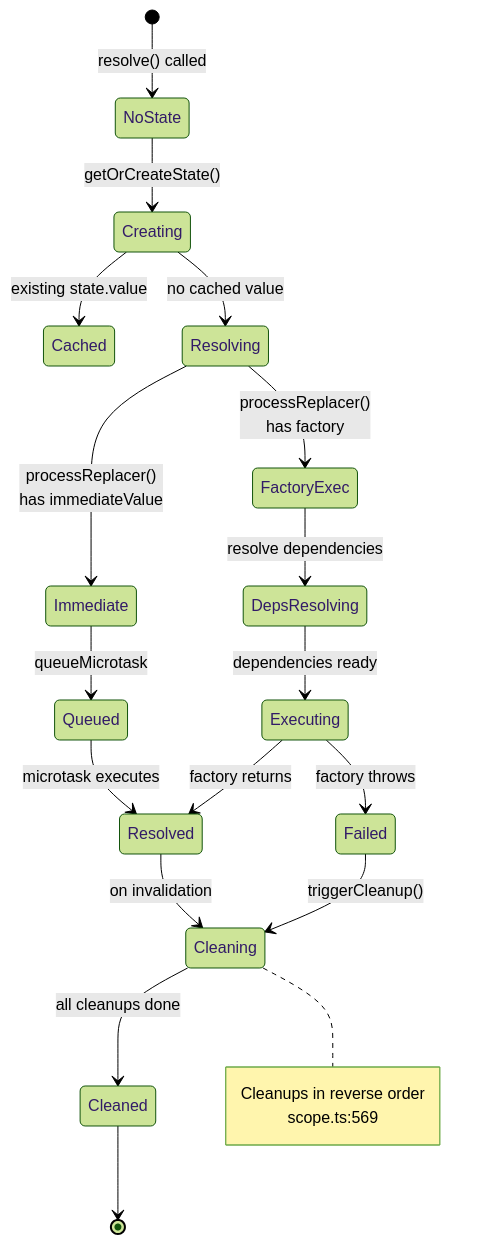
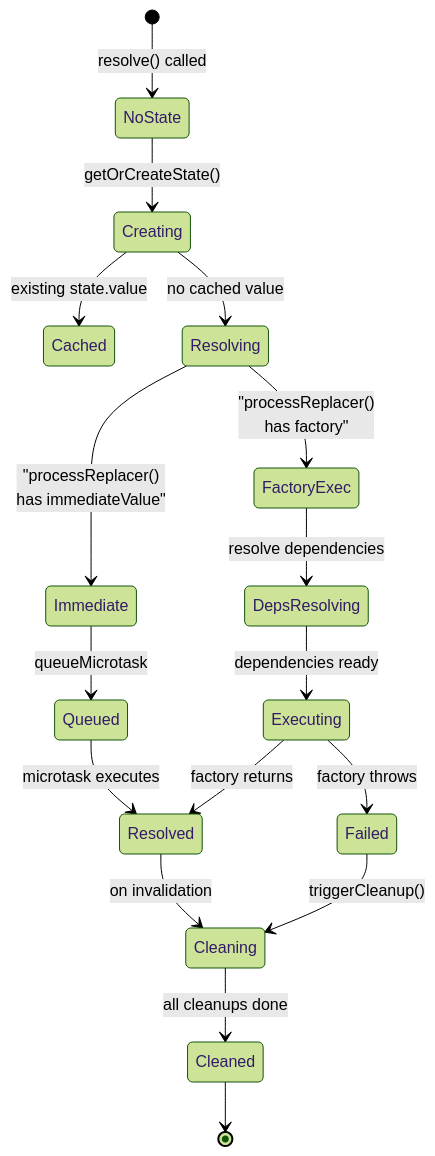
The second of 2 diagrams in .claude/skills/pumped-design/references/diagrams/internal-flow-execution.md (pumped-fn/pumped-fn), drawn with Mermaid (forest theme) before and after one commit. The commit also changed other lines of this file and 2 other files, not shown here.

First line of the commit message:
fix(diagrams): correct mermaid syntax errors

````diff
--- a/.claude/skills/pumped-design/references/diagrams/internal-flow-execution.md
+++ b/.claude/skills/pumped-design/references/diagrams/internal-flow-execution.md
@@ -47,29 +47,24 @@
 ```mermaid
 stateDiagram-v2
     [*] --> NoState: resolve() called
     NoState --> Creating: getOrCreateState()
     Creating --> Cached: existing state.value
     Creating --> Resolving: no cached value
 
-    Resolving --> Immediate: processReplacer()<br/>has immediateValue
-    Resolving --> FactoryExec: processReplacer()<br/>has factory
+    Resolving --> Immediate: "processReplacer()<br/>has immediateValue"
+    Resolving --> FactoryExec: "processReplacer()<br/>has factory"
 
     Immediate --> Queued: queueMicrotask
     Queued --> Resolved: microtask executes
 
     FactoryExec --> DepsResolving: resolve dependencies
     DepsResolving --> Executing: dependencies ready
     Executing --> Resolved: factory returns
     Executing --> Failed: factory throws
 
     Failed --> Cleaning: triggerCleanup()
     Resolved --> Cleaning: on invalidation
 
     Cleaning --> Cleaned: all cleanups done
     Cleaned --> [*]
-
-    note right of Cleaning
-        Cleanups in reverse order
-        scope.ts:569
-    end note
 ```
````
